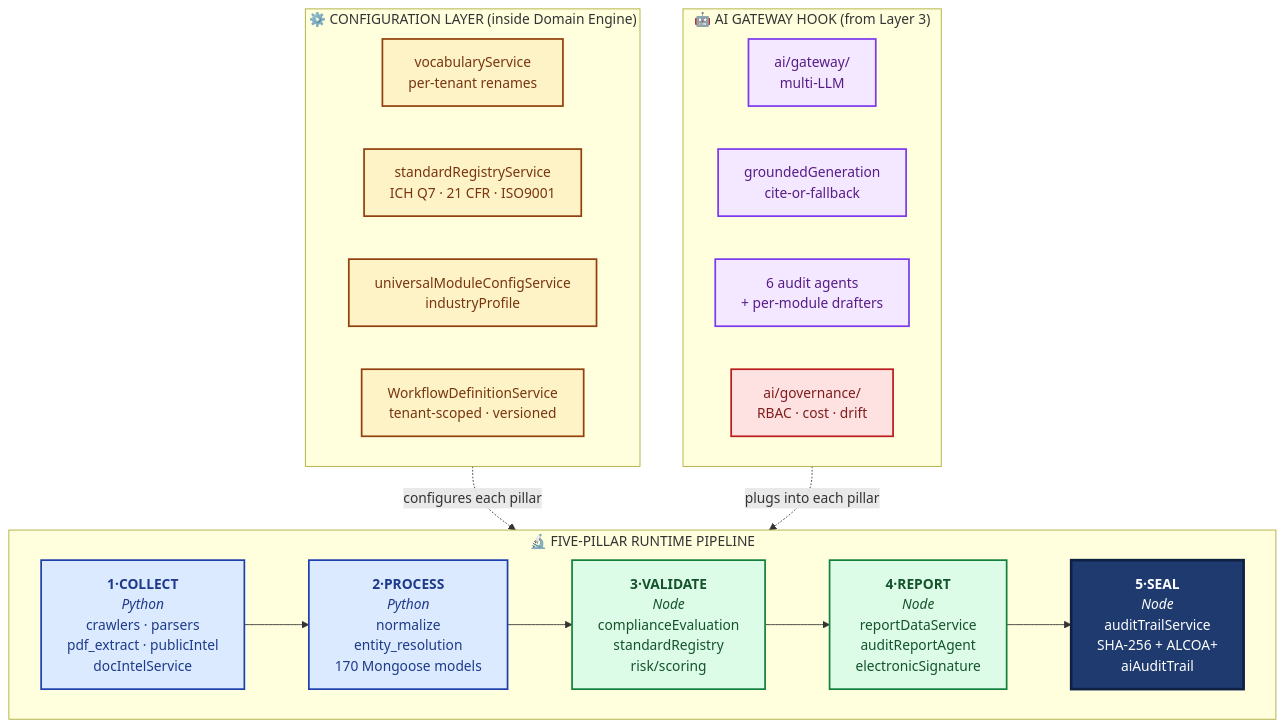
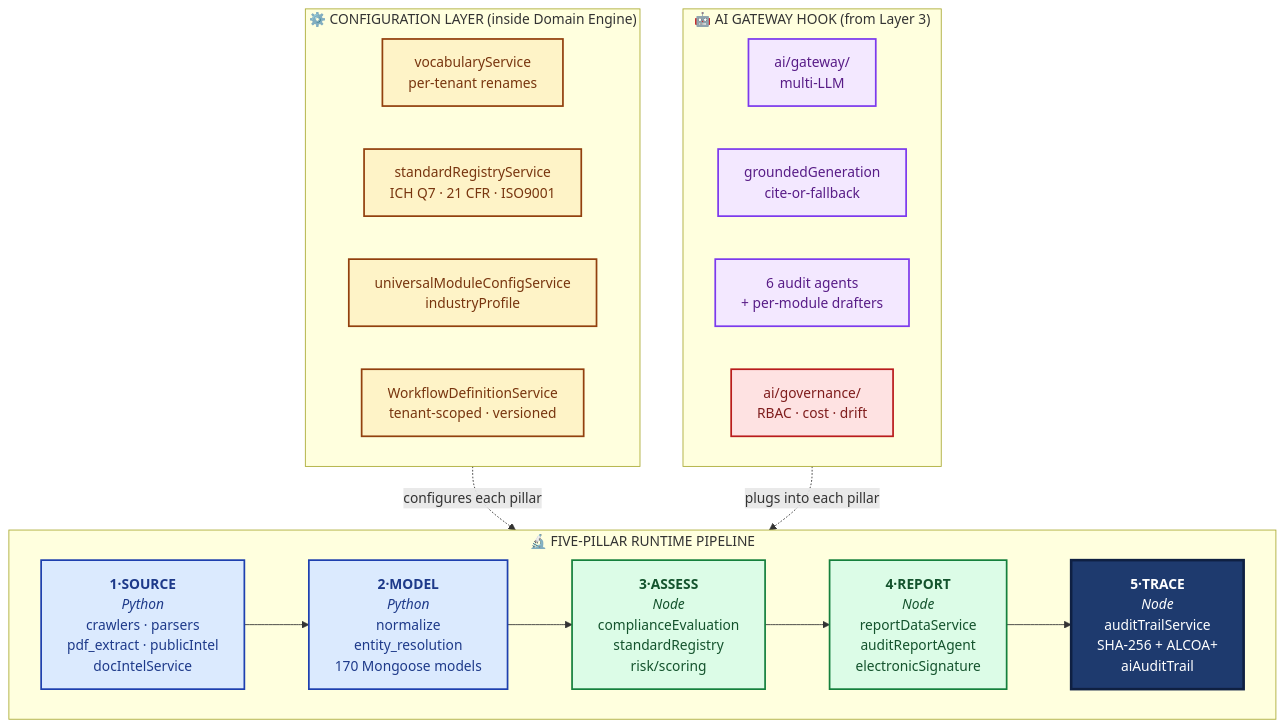
One commit to hawkeyetransact-dotcom/doc_v2 changed the third of 4 diagrams in 04-engineering/00-overview/PLATFORM-OVERVIEW.md. Above: the diagram before and after it, drawn with Mermaid. The commit also changed other lines of this file and 105 other files, not shown here.

````diff
--- a/04-engineering/00-overview/PLATFORM-OVERVIEW.md
+++ b/04-engineering/00-overview/PLATFORM-OVERVIEW.md
@@ -86,39 +98,39 @@
 ```mermaid
 flowchart TB
     classDef cfg fill:#FEF3C7,stroke:#92400E,color:#78350F,stroke-width:2px
     classDef py fill:#DBEAFE,stroke:#1E40AF,color:#1E3A8A,stroke-width:2px
     classDef node fill:#DCFCE7,stroke:#15803D,color:#14532D,stroke-width:2px
     classDef seal fill:#1E3A6E,stroke:#0F2042,color:#FFFFFF,stroke-width:3px
     classDef ai fill:#F3E8FF,stroke:#7C3AED,color:#581C87,stroke-width:2px
     classDef gov fill:#FEE2E2,stroke:#B91C1C,color:#7F1D1D,stroke-width:2px
 
     subgraph CFG["⚙️ CONFIGURATION LAYER (inside Domain Engine)"]
         direction LR
         C1["vocabularyService<br/>per-tenant renames"]:::cfg
         C2["standardRegistryService<br/>ICH Q7 · 21 CFR · ISO9001"]:::cfg
         C3["universalModuleConfigService<br/>industryProfile"]:::cfg
         C4["WorkflowDefinitionService<br/>tenant-scoped · versioned"]:::cfg
     end
 
     subgraph PIPE["🔬 FIVE-PILLAR RUNTIME PIPELINE"]
         direction LR
-        P1["<b>1·COLLECT</b><br/><i>Python</i><br/>crawlers · parsers<br/>pdf_extract · publicIntel<br/>docIntelService"]:::py
-        P2["<b>2·PROCESS</b><br/><i>Python</i><br/>normalize<br/>entity_resolution<br/>170 Mongoose models"]:::py
-        P3["<b>3·VALIDATE</b><br/><i>Node</i><br/>complianceEvaluation<br/>standardRegistry<br/>risk/scoring"]:::node
+        P1["<b>1·SOURCE</b><br/><i>Python</i><br/>crawlers · parsers<br/>pdf_extract · publicIntel<br/>docIntelService"]:::py
+        P2["<b>2·MODEL</b><br/><i>Python</i><br/>normalize<br/>entity_resolution<br/>170 Mongoose models"]:::py
+        P3["<b>3·ASSESS</b><br/><i>Node</i><br/>complianceEvaluation<br/>standardRegistry<br/>risk/scoring"]:::node
         P4["<b>4·REPORT</b><br/><i>Node</i><br/>reportDataService<br/>auditReportAgent<br/>electronicSignature"]:::node
-        P5["<b>5·SEAL</b><br/><i>Node</i><br/>auditTrailService<br/>SHA-256 + ALCOA+<br/>aiAuditTrail"]:::seal
+        P5["<b>5·TRACE</b><br/><i>Node</i><br/>auditTrailService<br/>SHA-256 + ALCOA+<br/>aiAuditTrail"]:::seal
 
         P1 --> P2 --> P3 --> P4 --> P5
     end
 
     subgraph AILINK["🤖 AI GATEWAY HOOK (from Layer 3)"]
         direction LR
         A1["ai/gateway/<br/>multi-LLM"]:::ai
         A2["groundedGeneration<br/>cite-or-fallback"]:::ai
         A3["6 audit agents<br/>+ per-module drafters"]:::ai
         A4["ai/governance/<br/>RBAC · cost · drift"]:::gov
     end
 
     CFG -. configures each pillar .-> PIPE
     AILINK -. plugs into each pillar .-> PIPE
 ```
````
